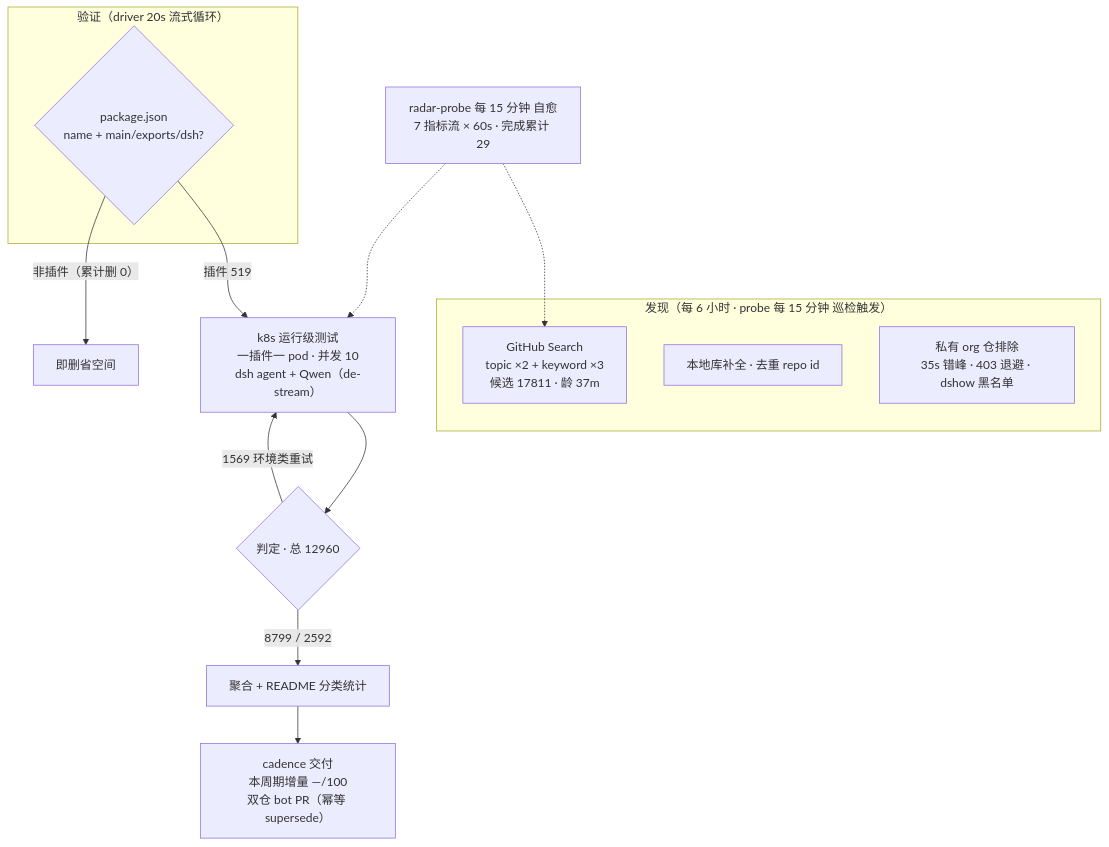
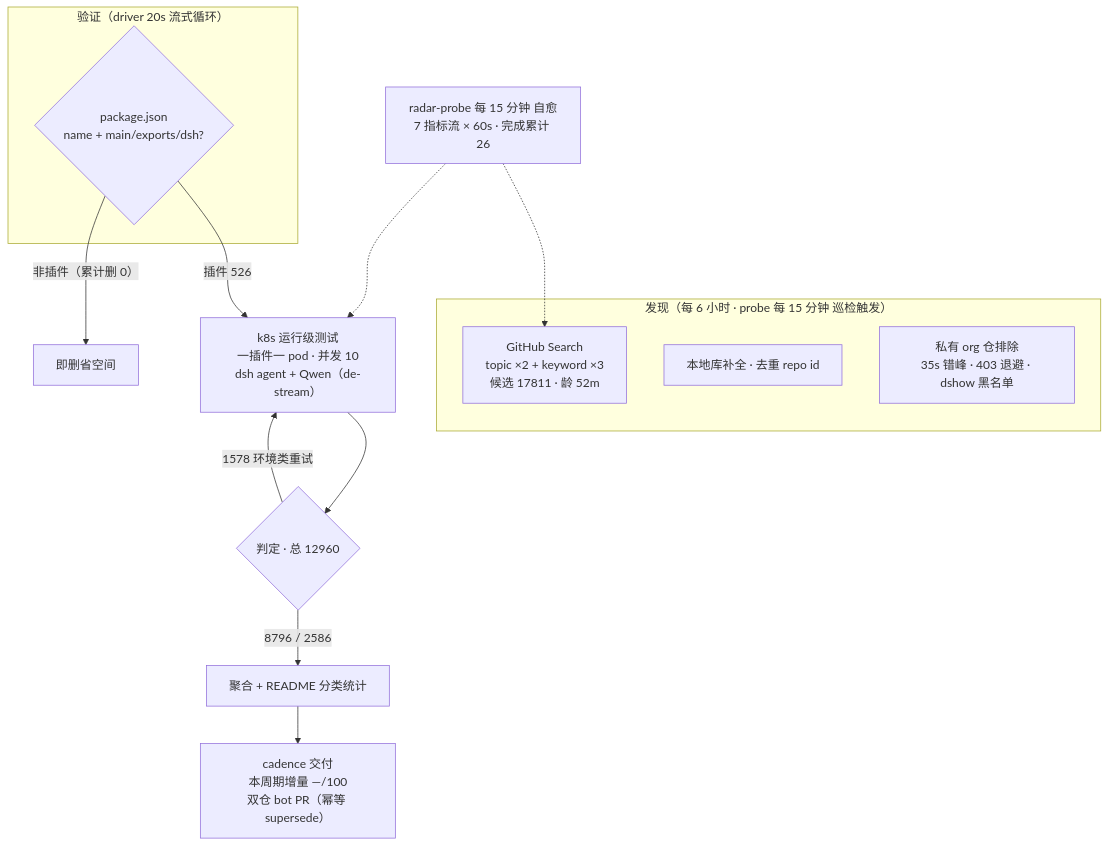
Before and after one commit to AdamPlatin123/awesome-dsh-plugins: the diagram in README.md, drawn with Mermaid. The commit also changed other lines of this file and 5 other files, not shown here.

````diff
--- a/README.md
+++ b/README.md
@@ -52,20 +52,20 @@
 ```mermaid
 flowchart TB
     subgraph Discovery["发现（每 6 小时 · probe 每 15 分钟 巡检触发）"]
-        A1["GitHub Search<br/>topic ×2 + keyword ×3<br/>候选 17811 · 龄 37m"]
+        A1["GitHub Search<br/>topic ×2 + keyword ×3<br/>候选 17811 · 龄 52m"]
         A2["本地库补全 · 去重 repo id"]
         A3["私有 org 仓排除<br/>35s 错峰 · 403 退避 · dshow 黑名单"]
     end
     subgraph Validation["验证（driver 20s 流式循环）"]
         B1{"package.json<br/>name + main/exports/dsh?"}
     end
-    B1 -->|"插件 519"| C1["k8s 运行级测试<br/>一插件一 pod · 并发 10<br/>dsh agent + Qwen（de-stream）"]
+    B1 -->|"插件 526"| C1["k8s 运行级测试<br/>一插件一 pod · 并发 10<br/>dsh agent + Qwen（de-stream）"]
     B1 -->|"非插件（累计删 0）"| B3["即删省空间"]
     C1 --> D1{"判定 · 总 12960"}
-    D1 -->|"8799 / 2592"| E1["聚合 + README 分类统计"]
-    D1 -->|"1569 环境类重试"| C1
+    D1 -->|"8796 / 2586"| E1["聚合 + README 分类统计"]
+    D1 -->|"1578 环境类重试"| C1
     E1 --> E2["cadence 交付<br/>本周期增量 —/100<br/>双仓 bot PR（幂等 supersede）"]
-    M["radar-probe 每 15 分钟 自愈<br/>7 指标流 × 60s · 完成累计 29"]
+    M["radar-probe 每 15 分钟 自愈<br/>7 指标流 × 60s · 完成累计 26"]
     M -.-> A1
     M -.-> C1
 ```
````
